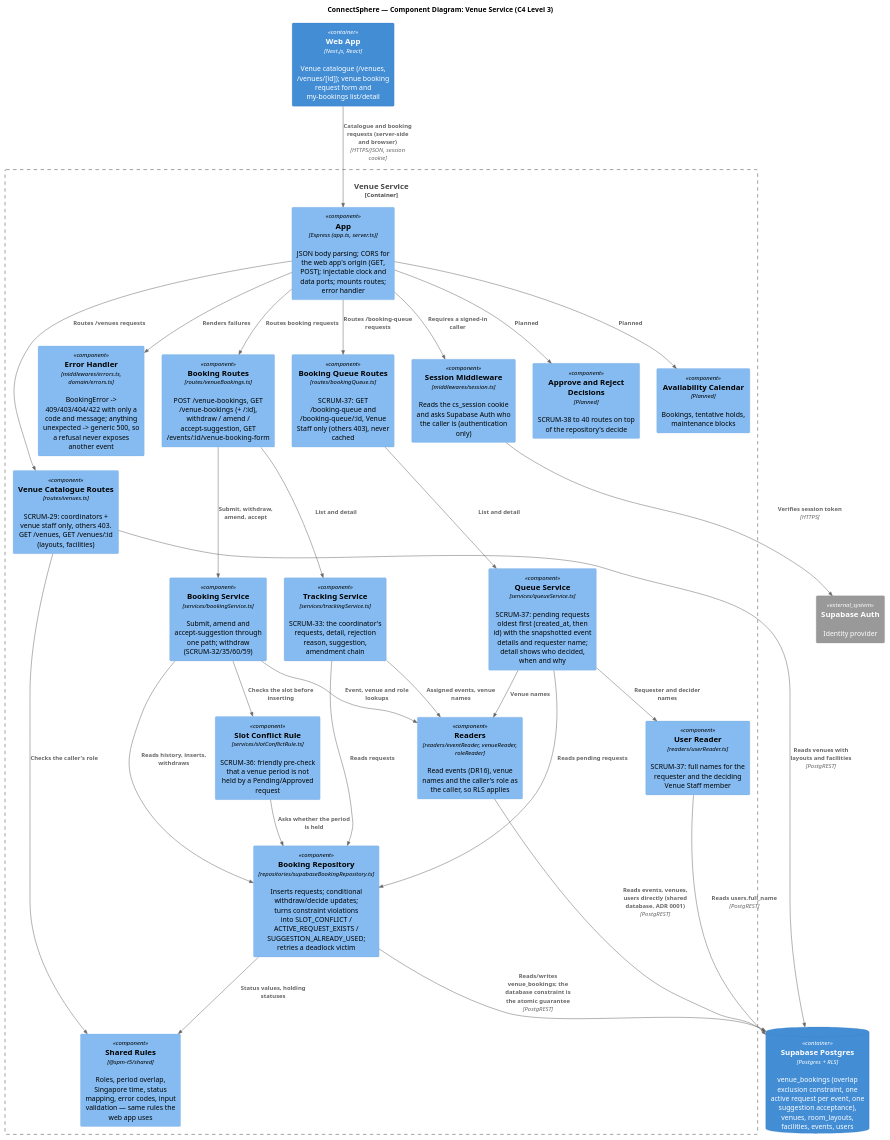
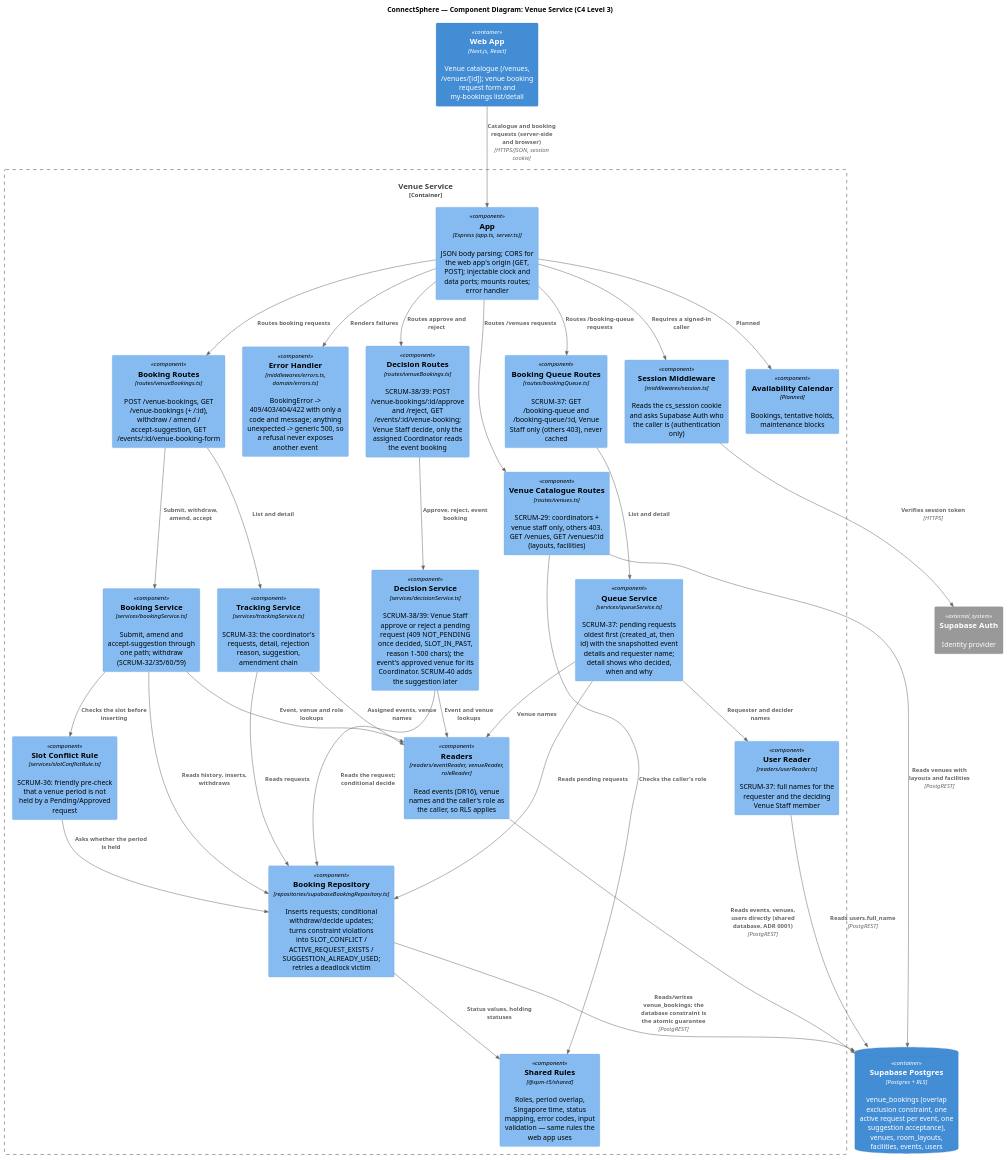
Before and after one commit to danjaii/SPM-T5: the diagram in docs/architecture/c4/component-venue-service.puml, drawn with PlantUML. The commit also changed 16 other files, not shown here.

First line of the commit message:
SCRUM-38/AC1,AC2,AC3,AC4,AC5,AC6,AC7,AC8,AC9 - Add Venue Staff approval of booking requests (#22)

```diff
--- a/docs/architecture/c4/component-venue-service.puml
+++ b/docs/architecture/c4/component-venue-service.puml
@@ -1,63 +1,67 @@
 @startuml component-venue-service
 !include https://raw.githubusercontent.com/plantuml-stdlib/C4-PlantUML/master/C4_Component.puml
 
 title ConnectSphere — Component Diagram: Venue Service (C4 Level 3)
 ' Built so far: the read-only venue catalogue (SCRUM-29) and the venue booking request stories
 ' (docs/specs/venue-booking-request.md): SCRUM-36 double-hold rule, SCRUM-32 submit, SCRUM-33 track,
 ' SCRUM-35 withdraw, SCRUM-60 amend, SCRUM-59 accept a suggestion, plus the Venue Staff pending queue
 ' (docs/specs/venue-booking-approval.md, SCRUM-37). Components marked "Planned" come
 ' with venue availability, search, suitability and the Venue Staff decision stories (SCRUM-38 to 40).
 
 Container(web, "Web App", "Next.js, React", "Venue catalogue (/venues, /venues/[id]); venue booking request form and my-bookings list/detail")
 System_Ext(supabaseAuth, "Supabase Auth", "Identity provider")
 ContainerDb(db, "Supabase Postgres", "Postgres + RLS", "venue_bookings (overlap exclusion constraint, one active request per event, one suggestion acceptance), venues, room_layouts, facilities, events, users")
 
 Container_Boundary(venueSvc, "Venue Service") {
   Component(app, "App", "Express (app.ts, server.ts)", "JSON body parsing; CORS for the web app's origin (GET, POST); injectable clock and data ports; mounts routes; error handler")
   Component(session, "Session Middleware", "middlewares/session.ts", "Reads the cs_session cookie and asks Supabase Auth who the caller is (authentication only)")
   Component(errors, "Error Handler", "middlewares/errors.ts, domain/errors.ts", "BookingError -> 409/403/404/422 with only a code and message; anything unexpected -> generic 500, so a refusal never exposes another event")
   Component(catalogue, "Venue Catalogue Routes", "routes/venues.ts", "SCRUM-29: coordinators + venue staff only, others 403. GET /venues, GET /venues/:id (layouts, facilities)")
   Component(bookingRoutes, "Booking Routes", "routes/venueBookings.ts", "POST /venue-bookings, GET /venue-bookings (+ /:id), withdraw / amend / accept-suggestion, GET /events/:id/venue-booking-form")
   Component(bookingSvc, "Booking Service", "services/bookingService.ts", "Submit, amend and accept-suggestion through one path; withdraw (SCRUM-32/35/60/59)")
   Component(trackingSvc, "Tracking Service", "services/trackingService.ts", "SCRUM-33: the coordinator's requests, detail, rejection reason, suggestion, amendment chain")
   Component(queueRoutes, "Booking Queue Routes", "routes/bookingQueue.ts", "SCRUM-37: GET /booking-queue and /booking-queue/:id, Venue Staff only (others 403), never cached")
   Component(queueSvc, "Queue Service", "services/queueService.ts", "SCRUM-37: pending requests oldest first (created_at, then id) with the snapshotted event details and requester name; detail shows who decided, when and why")
   Component(slotRule, "Slot Conflict Rule", "services/slotConflictRule.ts", "SCRUM-36: friendly pre-check that a venue period is not held by a Pending/Approved request")
   Component(repo, "Booking Repository", "repositories/supabaseBookingRepository.ts", "Inserts requests; conditional withdraw/decide updates; turns constraint violations into SLOT_CONFLICT / ACTIVE_REQUEST_EXISTS / SUGGESTION_ALREADY_USED; retries a deadlock victim")
   Component(readers, "Readers", "readers/eventReader, venueReader, roleReader", "Read events (DR16), venue names and the caller's role as the caller, so RLS applies")
   Component(userReader, "User Reader", "readers/userReader.ts", "SCRUM-37: full names for the requester and the deciding Venue Staff member")
   Component(shared, "Shared Rules", "@spm-t5/shared", "Roles, period overlap, Singapore time, status mapping, error codes, input validation — same rules the web app uses")
 
-  Component(approval, "Approve and Reject Decisions", "Planned", "SCRUM-38 to 40 routes on top of the repository's decide")
+  Component(decisionRoutes, "Decision Routes", "routes/venueBookings.ts", "SCRUM-38/39: POST /venue-bookings/:id/approve and /reject, GET /events/:id/venue-booking; Venue Staff decide, only the assigned Coordinator reads the event booking")
+  Component(decisionSvc, "Decision Service", "services/decisionService.ts", "SCRUM-38/39: Venue Staff approve or reject a pending request (409 NOT_PENDING once decided, SLOT_IN_PAST, reason 1-500 chars); the event's approved venue for its Coordinator. SCRUM-40 adds the suggestion later")
   Component(availability, "Availability Calendar", "Planned", "Bookings, tentative holds, maintenance blocks")
 }
 
 Rel(web, app, "Catalogue and booking requests (server-side and browser)", "HTTPS/JSON, session cookie")
 Rel(app, session, "Requires a signed-in caller")
 Rel(session, supabaseAuth, "Verifies session token", "HTTPS")
 Rel(app, errors, "Renders failures")
 Rel(app, catalogue, "Routes /venues requests")
 Rel(app, bookingRoutes, "Routes booking requests")
 Rel(catalogue, shared, "Checks the caller's role")
 Rel(app, queueRoutes, "Routes /booking-queue requests")
 Rel(bookingRoutes, bookingSvc, "Submit, withdraw, amend, accept")
 Rel(bookingRoutes, trackingSvc, "List and detail")
 Rel(queueRoutes, queueSvc, "List and detail")
+Rel(decisionRoutes, decisionSvc, "Approve, reject, event booking")
+Rel(decisionSvc, repo, "Reads the request; conditional decide")
+Rel(decisionSvc, readers, "Event and venue lookups")
 Rel(queueSvc, repo, "Reads pending requests")
 Rel(queueSvc, readers, "Venue names")
 Rel(queueSvc, userReader, "Requester and decider names")
 Rel(userReader, db, "Reads users.full_name", "PostgREST")
 Rel(bookingSvc, slotRule, "Checks the slot before inserting")
 Rel(bookingSvc, repo, "Reads history, inserts, withdraws")
 Rel(bookingSvc, readers, "Event, venue and role lookups")
 Rel(trackingSvc, repo, "Reads requests")
 Rel(trackingSvc, readers, "Assigned events, venue names")
 Rel(slotRule, repo, "Asks whether the period is held")
 Rel(repo, shared, "Status values, holding statuses")
 Rel(repo, db, "Reads/writes venue_bookings; the database constraint is the atomic guarantee", "PostgREST")
 Rel(readers, db, "Reads events, venues, users directly (shared database, ADR 0001)", "PostgREST")
 Rel(catalogue, db, "Reads venues with layouts and facilities", "PostgREST")
 
-Rel(app, approval, "Planned")
+Rel(app, decisionRoutes, "Routes approve and reject")
 Rel(app, availability, "Planned")
 @enduml
```
